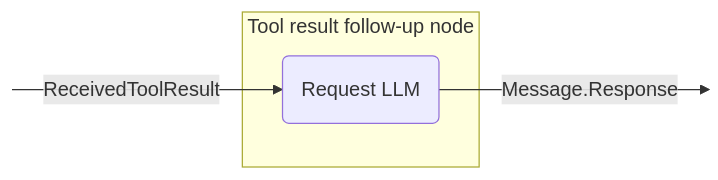
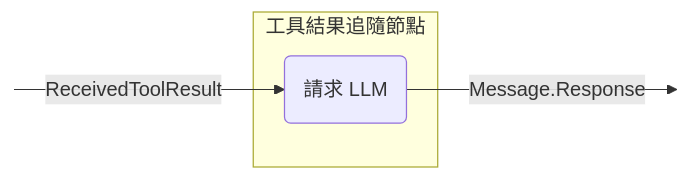
One commit to BinaryTape/Open-Docs changed diagram 12 of 15 in docs/zh-Hant/koog/nodes-and-components.md. Above: the diagram before and after it, drawn with Mermaid. The commit also changed other lines of this file and 457 other files, not shown here.

````diff
--- a/docs/zh-Hant/koog/nodes-and-components.md
+++ b/docs/zh-Hant/koog/nodes-and-components.md
@@ -653,13 +643,13 @@
 ```mermaid
 graph LR
     in:::hidden
     out:::hidden
     
-    subgraph node ["Tool result follow-up node"]
-        execute(Request LLM)
+    subgraph node ["工具結果追隨節點"]
+        execute(請求 LLM)
     end
     
     in --ReceivedToolResult--> execute --Message.Response--> out
 
     classDef hidden display: none;
 ```
````
